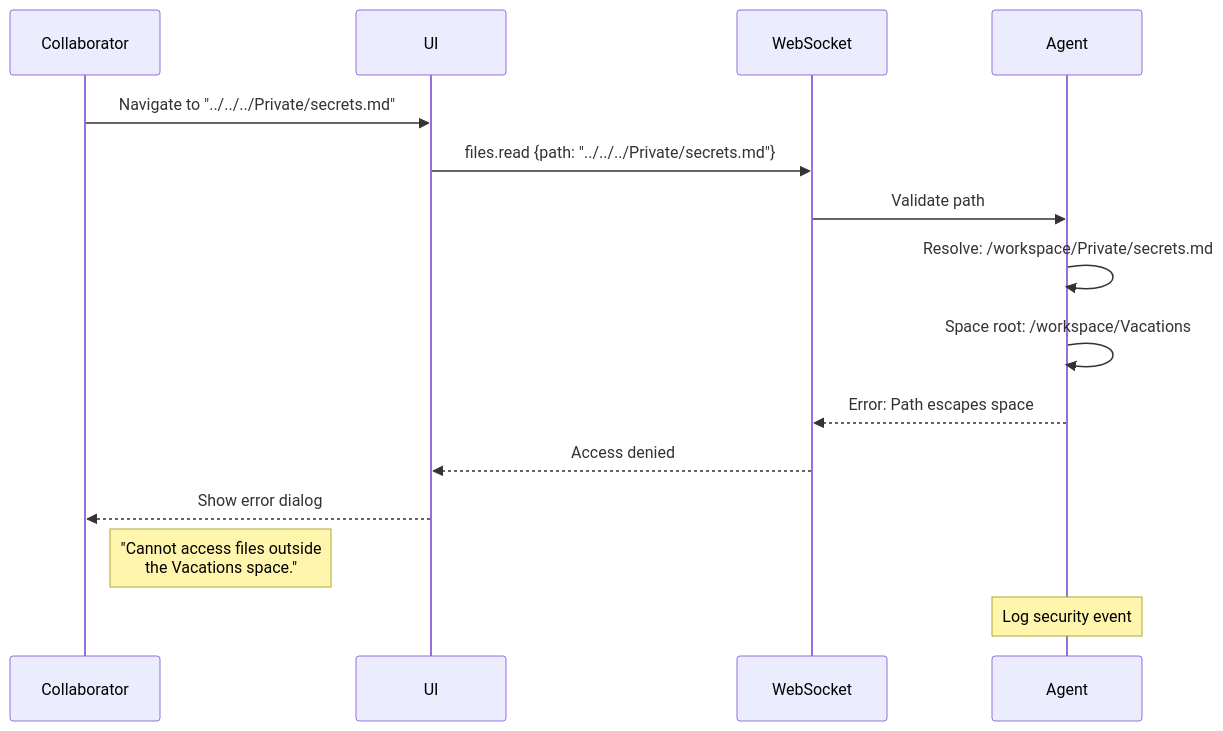
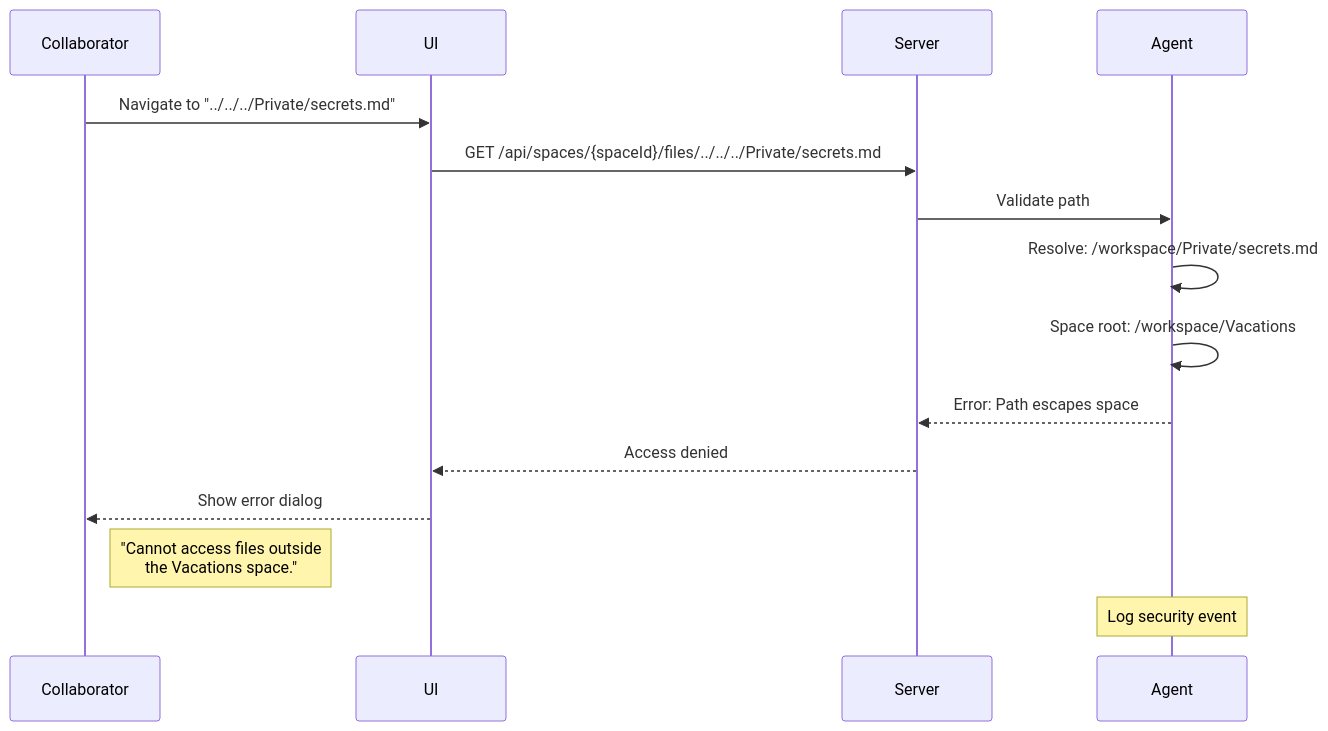
The second of 7 diagrams in docs/flows/04-browse-files.md (jchadwick/ai-spaces), drawn with Mermaid before and after one commit. The commit also changed other lines of this file and 33 other files, not shown here.

````diff
--- a/docs/flows/04-browse-files.md
+++ b/docs/flows/04-browse-files.md
@@ -45,19 +48,19 @@
 ```mermaid
 sequenceDiagram
     participant Collaborator
     participant UI
-    participant WebSocket
+    participant Server
     participant Agent
     
     Collaborator->>UI: Navigate to "../../../Private/secrets.md"
-    UI->>WebSocket: files.read {path: "../../../Private/secrets.md"}
-    WebSocket->>Agent: Validate path
+    UI->>Server: GET /api/spaces/{spaceId}/files/../../../Private/secrets.md
+    Server->>Agent: Validate path
     Agent->>Agent: Resolve: /workspace/Private/secrets.md
     Agent->>Agent: Space root: /workspace/Vacations
-    Agent-->>WebSocket: Error: Path escapes space
-    WebSocket-->>UI: Access denied
+    Agent-->>Server: Error: Path escapes space
+    Server-->>UI: Access denied
     UI-->>Collaborator: Show error dialog
     Note right of Collaborator: "Cannot access files outside<br/>the Vacations space."
     
     Note over Agent: Log security event
 ```
````
